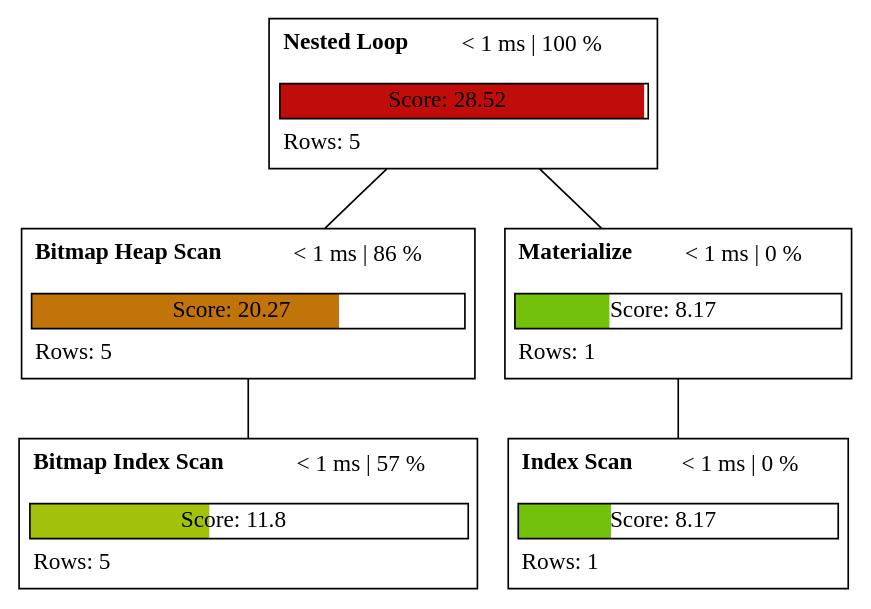
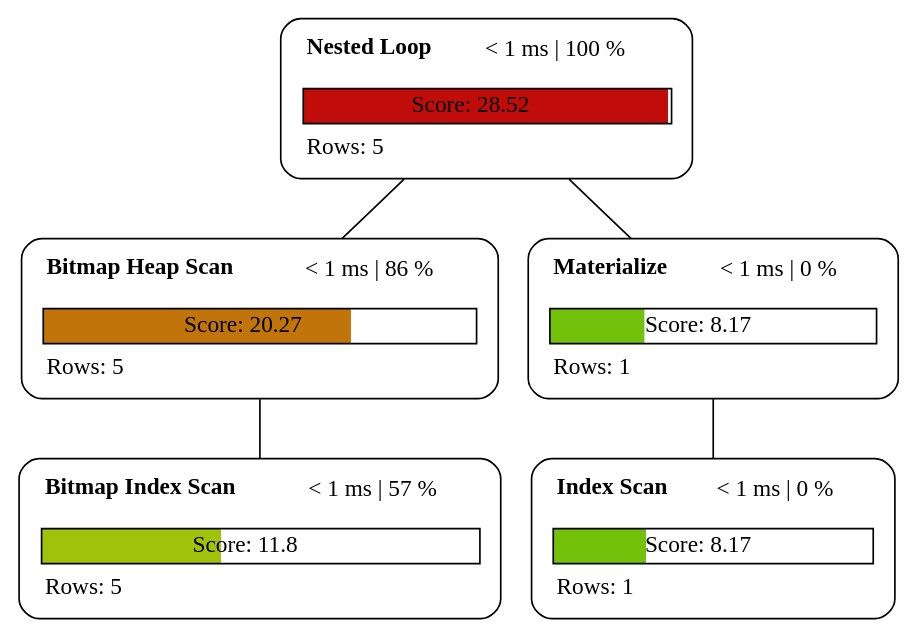
One commit to sanpii/explain changed the diagram in examples/plan_1.dot. Above: the diagram before and after it, drawn with Graphviz. The commit also changed 17 other files, not shown here.

```diff
--- a/examples/plan_1.dot
+++ b/examples/plan_1.dot
@@ -1,36 +1,11 @@
 graph explain {
-    node0[label=<<table cellborder="0" cellspacing="5">
-    <tr><td align="left"><b>Nested Loop</b></td><td>&lt; 1 ms | 100 %</td></tr>
-    <tr><td colspan="2" align="left"></td></tr>
-    <tr><td colspan="2" border="1" bgcolor="#c10d0a;0.99:white">Score: 28.52</td></tr>
-    <tr><td colspan="2" align="left">Rows: 5</td></tr>
-</table>>][style="rounded"][shape="plain"];
-    node1[label=<<table cellborder="0" cellspacing="5">
-    <tr><td align="left"><b>Bitmap Heap Scan</b></td><td>&lt; 1 ms | 86 %</td></tr>
-    <tr><td colspan="2" align="left"></td></tr>
-    <tr><td colspan="2" border="1" bgcolor="#c1740a;0.71:white">Score: 20.27</td></tr>
-    <tr><td colspan="2" align="left">Rows: 5</td></tr>
-</table>>][style="rounded"][shape="plain"];
-    node2[label=<<table cellborder="0" cellspacing="5">
-    <tr><td align="left"><b>Bitmap Index Scan</b></td><td>&lt; 1 ms | 57 %</td></tr>
-    <tr><td colspan="2" align="left"></td></tr>
-    <tr><td colspan="2" border="1" bgcolor="#a2c10a;0.41:white">Score: 11.8</td></tr>
-    <tr><td colspan="2" align="left">Rows: 5</td></tr>
-</table>>][style="rounded"][shape="plain"];
-    node3[label=<<table cellborder="0" cellspacing="5">
-    <tr><td align="left"><b>Materialize</b></td><td>&lt; 1 ms | 0 %</td></tr>
-    <tr><td colspan="2" align="left"></td></tr>
-    <tr><td colspan="2" border="1" bgcolor="#73c10a;0.29:white">Score: 8.17</td></tr>
-    <tr><td colspan="2" align="left">Rows: 1</td></tr>
-</table>>][style="rounded"][shape="plain"];
-    node4[label=<<table cellborder="0" cellspacing="5">
-    <tr><td align="left"><b>Index Scan</b></td><td>&lt; 1 ms | 0 %</td></tr>
-    <tr><td colspan="2" align="left"></td></tr>
-    <tr><td colspan="2" border="1" bgcolor="#73c10a;0.29:white">Score: 8.17</td></tr>
-    <tr><td colspan="2" align="left">Rows: 1</td></tr>
-</table>>][style="rounded"][shape="plain"];
+    node0[label=<<table border="0" cellborder="0" cellspacing="5"><tr><td align="left"><b>Nested Loop</b></td><td>&lt; 1 ms | 100 %</td></tr><tr><td colspan="2" align="left"></td></tr><tr><td colspan="2" border="1" bgcolor="#c10d0a;0.99:white">Score: 28.52</td></tr><tr><td colspan="2" align="left">Rows: 5</td></tr></table>>][style="rounded"][shape="box"];
+    node1[label=<<table border="0" cellborder="0" cellspacing="5"><tr><td align="left"><b>Bitmap Heap Scan</b></td><td>&lt; 1 ms | 86 %</td></tr><tr><td colspan="2" align="left"></td></tr><tr><td colspan="2" border="1" bgcolor="#c1740a;0.71:white">Score: 20.27</td></tr><tr><td colspan="2" align="left">Rows: 5</td></tr></table>>][style="rounded"][shape="box"];
+    node2[label=<<table border="0" cellborder="0" cellspacing="5"><tr><td align="left"><b>Bitmap Index Scan</b></td><td>&lt; 1 ms | 57 %</td></tr><tr><td colspan="2" align="left"></td></tr><tr><td colspan="2" border="1" bgcolor="#a2c10a;0.41:white">Score: 11.8</td></tr><tr><td colspan="2" align="left">Rows: 5</td></tr></table>>][style="rounded"][shape="box"];
+    node3[label=<<table border="0" cellborder="0" cellspacing="5"><tr><td align="left"><b>Materialize</b></td><td>&lt; 1 ms | 0 %</td></tr><tr><td colspan="2" align="left"></td></tr><tr><td colspan="2" border="1" bgcolor="#73c10a;0.29:white">Score: 8.17</td></tr><tr><td colspan="2" align="left">Rows: 1</td></tr></table>>][style="rounded"][shape="box"];
+    node4[label=<<table border="0" cellborder="0" cellspacing="5"><tr><td align="left"><b>Index Scan</b></td><td>&lt; 1 ms | 0 %</td></tr><tr><td colspan="2" align="left"></td></tr><tr><td colspan="2" border="1" bgcolor="#73c10a;0.29:white">Score: 8.17</td></tr><tr><td colspan="2" align="left">Rows: 1</td></tr></table>>][style="rounded"][shape="box"];
     node0 -- node1[label=""];
     node1 -- node2[label=""];
     node0 -- node3[label=""];
     node3 -- node4[label=""];
 }
```
